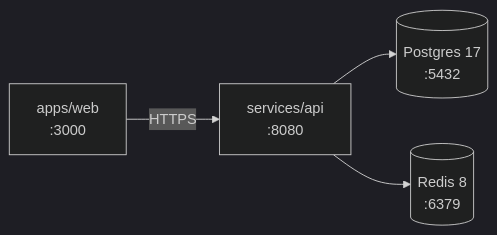
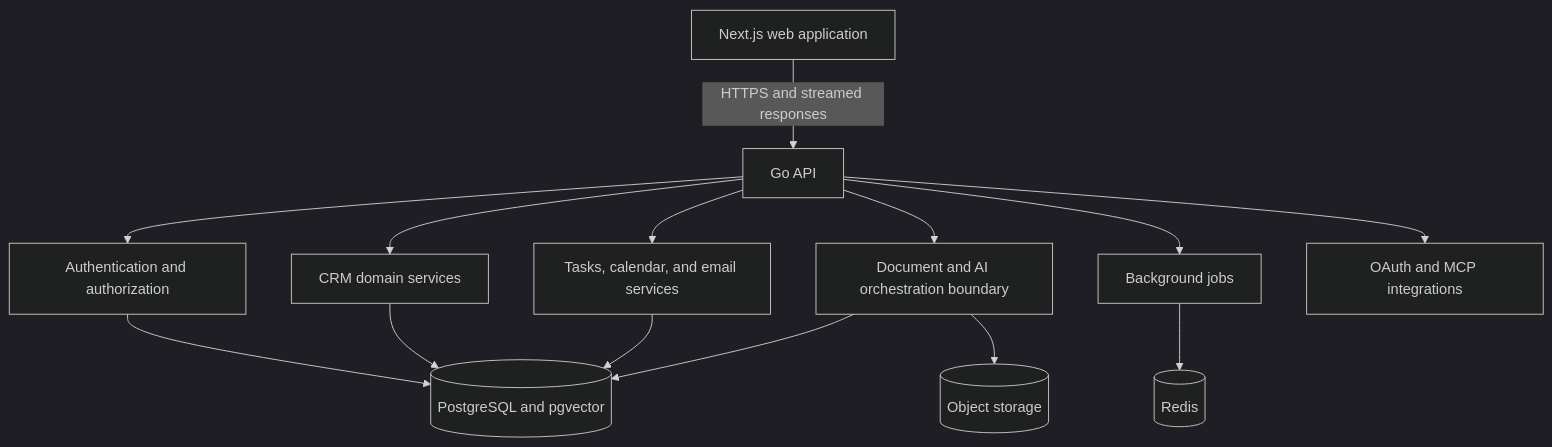
One commit to priyangshu24/Orion changed the seventh of 7 diagrams in README.md. Above: the diagram before and after it, drawn with Mermaid (dark theme). The commit also changed other lines of this file, not shown here.

````diff
--- a/README.md
+++ b/README.md
@@ -518,11 +303,28 @@
 ```mermaid
-flowchart LR
-    Web[apps/web<br/>:3000]
-    API[services/api<br/>:8080]
-    PG[(Postgres 17<br/>:5432)]
-    Redis[(Redis 8<br/>:6379)]
+flowchart TB
+    Web[Next.js web application]
+    API[Go API]
+    Auth[Authentication and authorization]
+    CRM[CRM domain services]
+    Productivity[Tasks, calendar, and email services]
+    Intelligence[Document and AI orchestration boundary]
+    Jobs[Background jobs]
+    Postgres[(PostgreSQL and pgvector)]
+    Redis[(Redis)]
+    Objects[(Object storage)]
+    External[OAuth and MCP integrations]
 
-    Web -->|HTTPS| API
-    API --> PG
-    API --> Redis
+    Web -->|HTTPS and streamed responses| API
+    API --> Auth
+    API --> CRM
+    API --> Productivity
+    API --> Intelligence
+    API --> Jobs
+    Auth --> Postgres
+    CRM --> Postgres
+    Productivity --> Postgres
+    Intelligence --> Postgres
+    Intelligence --> Objects
+    Jobs --> Redis
+    API --> External
 ```
````
